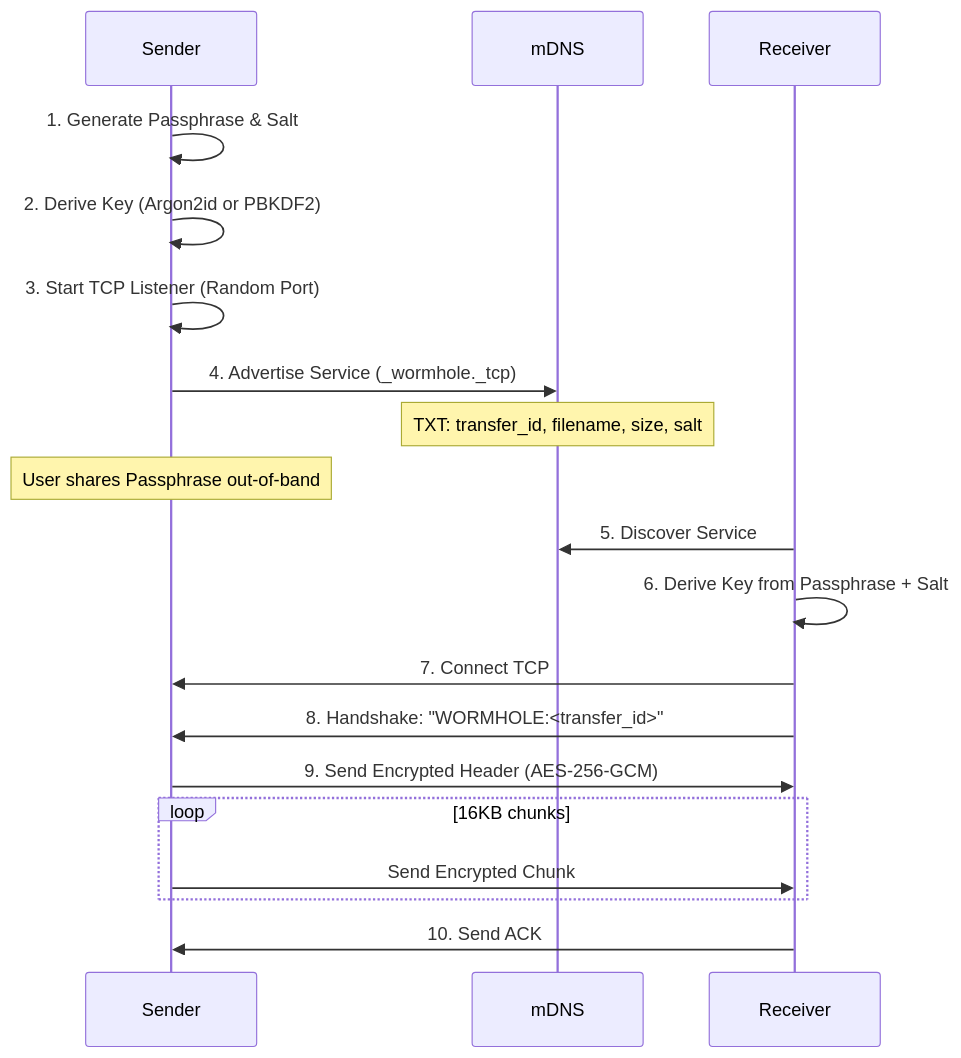
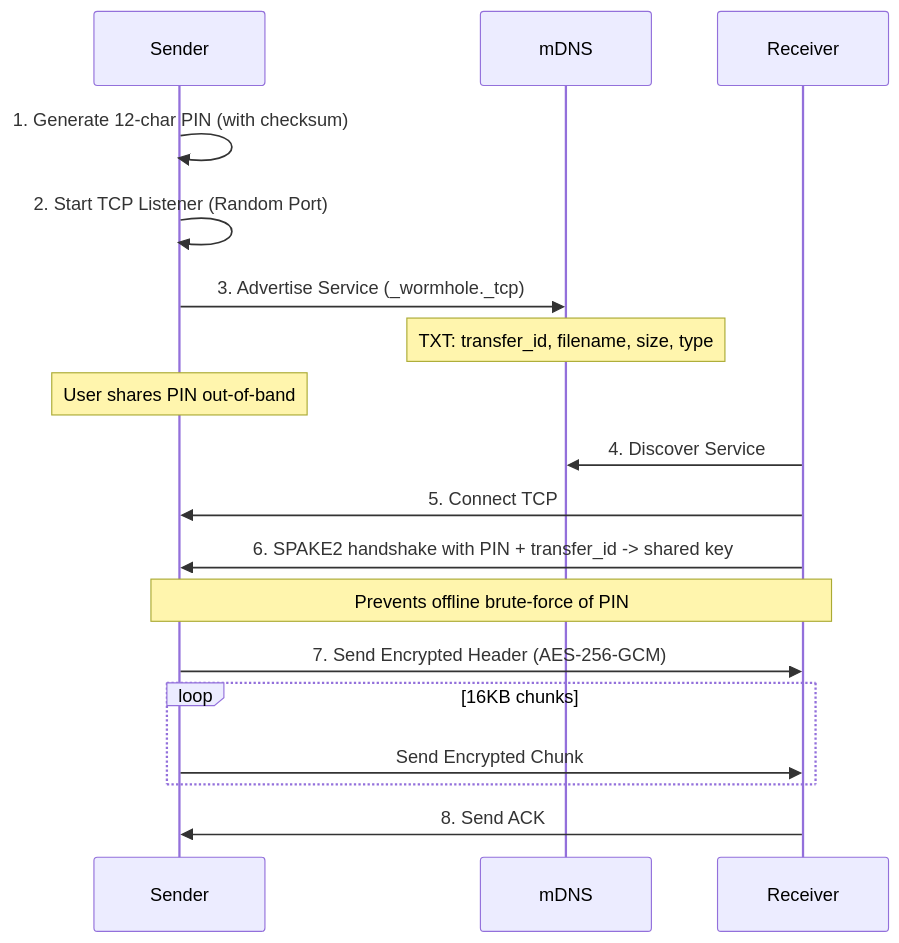
Before and after one commit to andrewtheguy/wormhole-rs: the fifth of 5 diagrams in docs/ARCHITECTURE.md, drawn with Mermaid. The commit also changed other lines of this file, not shown here.

````diff
--- a/docs/ARCHITECTURE.md
+++ b/docs/ARCHITECTURE.md
@@ -144,29 +152,27 @@
 ```mermaid
 sequenceDiagram
     participant Sender
     participant mDNS
     participant Receiver
 
-    Sender->>Sender: 1. Generate Passphrase & Salt
-    Sender->>Sender: 2. Derive Key (Argon2id or PBKDF2)
-    Sender->>Sender: 3. Start TCP Listener (Random Port)
+    Sender->>Sender: 1. Generate 12-char PIN (with checksum)
+    Sender->>Sender: 2. Start TCP Listener (Random Port)
     
-    Sender->>mDNS: 4. Advertise Service (_wormhole._tcp)
-    Note over mDNS: TXT: transfer_id, filename, size, salt
+    Sender->>mDNS: 3. Advertise Service (_wormhole._tcp)
+    Note over mDNS: TXT: transfer_id, filename, size, type
 
-    Note over Sender: User shares Passphrase out-of-band
+    Note over Sender: User shares PIN out-of-band
 
-    Receiver->>mDNS: 5. Discover Service
-    Receiver->>Receiver: 6. Derive Key from Passphrase + Salt
-    
-    Receiver->>Sender: 7. Connect TCP
-    Receiver->>Sender: 8. Handshake: "WORMHOLE:<transfer_id>"
-    
-    Sender->>Receiver: 9. Send Encrypted Header (AES-256-GCM)
+    Receiver->>mDNS: 4. Discover Service
+    Receiver->>Sender: 5. Connect TCP
+    Receiver->>Sender: 6. SPAKE2 handshake with PIN + transfer_id -> shared key
+    Note over Sender,Receiver: Prevents offline brute-force of PIN
+
+    Sender->>Receiver: 7. Send Encrypted Header (AES-256-GCM)
     
     loop 16KB chunks
         Sender->>Receiver: Send Encrypted Chunk
     end
 
-    Receiver->>Sender: 10. Send ACK
+    Receiver->>Sender: 8. Send ACK
 ```
````
